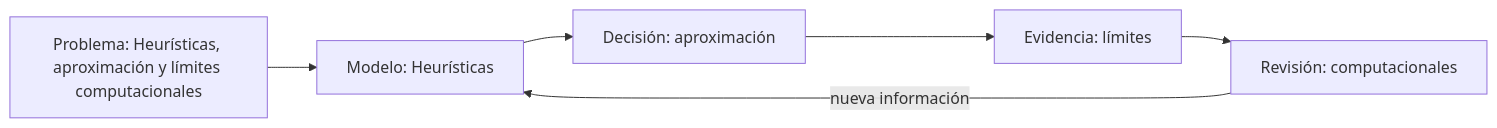
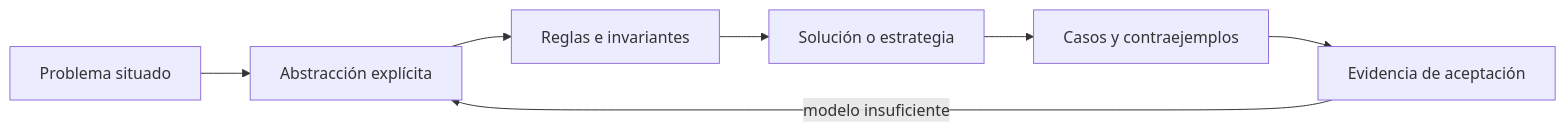
Before and after one commit to vladimiracunadev-create/modern-software-engineering-program: the diagram in classes/part-04-pensamiento-computacional-y-resolucion-de-problemas/se-056-heuristicas-aproximacion-y-limites-computacionales/README.md, drawn with Mermaid. The commit also changed other lines of this file and 84 other files, not shown here.

````diff
--- a/classes/part-04-pensamiento-computacional-y-resolucion-de-problemas/se-056-heuristicas-aproximacion-y-limites-computacionales/README.md
+++ b/classes/part-04-pensamiento-computacional-y-resolucion-de-problemas/se-056-heuristicas-aproximacion-y-limites-computacionales/README.md
@@ -40,8 +27,9 @@
 ```mermaid
 flowchart LR
-    P["Problema: Heurísticas, aproximación y límites computacionales"] --> M["Modelo: Heurísticas"]
-    M --> D["Decisión: aproximación"]
-    D --> E["Evidencia: límites"]
-    E --> R["Revisión: computacionales"]
-    R -->|nueva información| M
+    P[Problema situado] --> A[Abstracción explícita]
+    A --> R[Reglas e invariantes]
+    R --> S[Solución o estrategia]
+    S --> C[Casos y contraejemplos]
+    C --> E[Evidencia de aceptación]
+    E -->|modelo insuficiente| A
 ```
````
